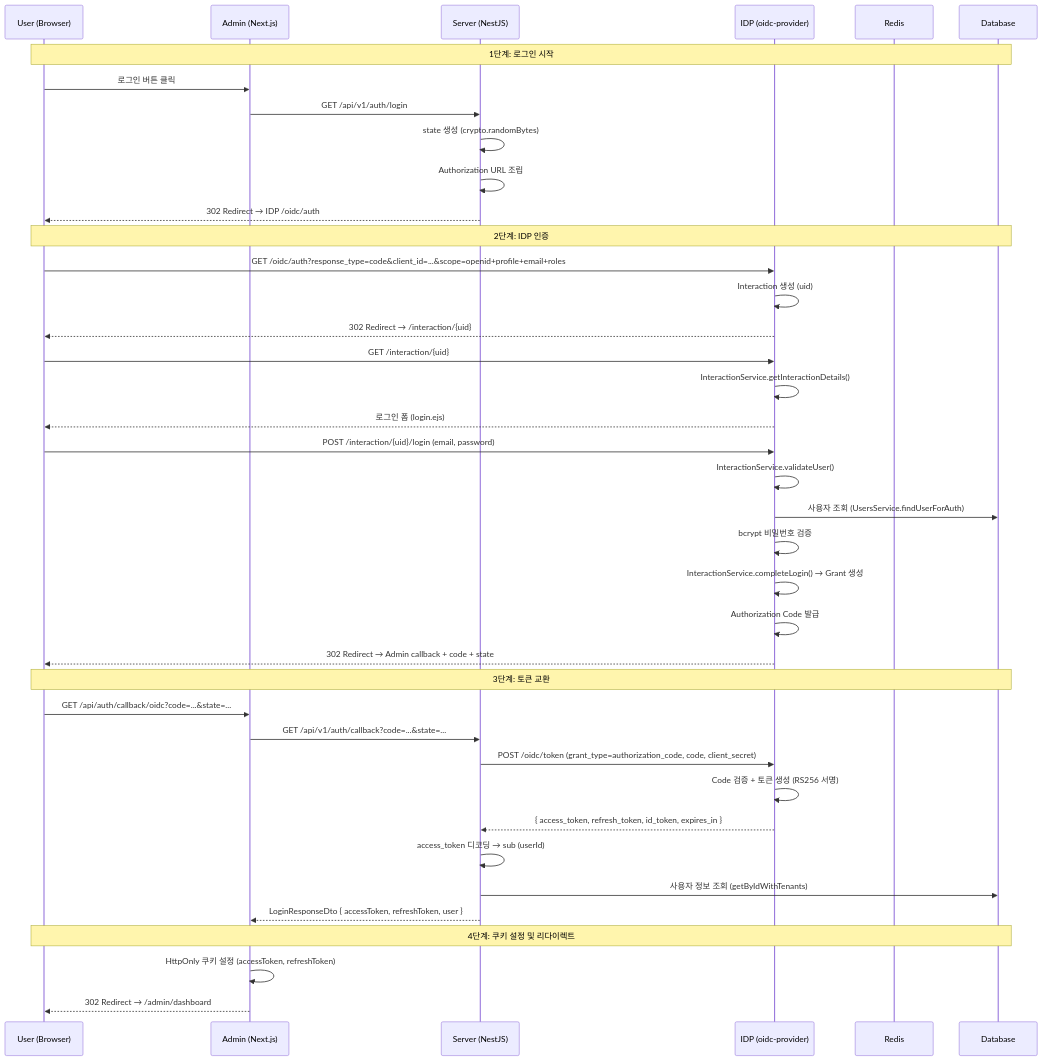
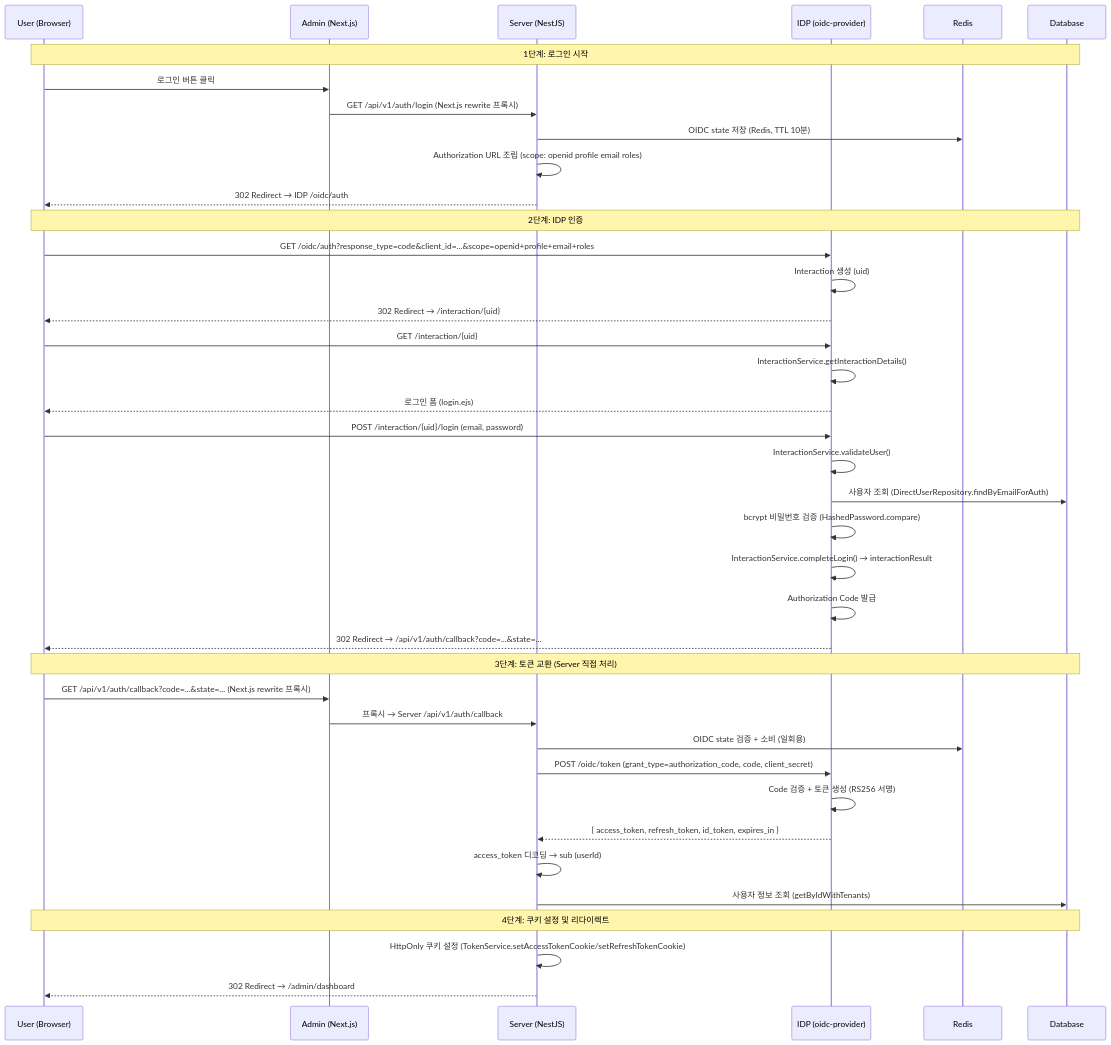
One commit to kimjoongwon/prj-core changed the first of 5 diagrams in apps/proposal/plans/_core/infrastructure/oidc-auth-flow.md. Above: the diagram before and after it, drawn with Mermaid. The commit also changed other lines of this file and 94 other files, not shown here.

First line of the commit message:
refactor(admin): Role과 User 목록에서 seq 컬럼 제거

````diff
--- a/apps/proposal/plans/_core/infrastructure/oidc-auth-flow.md
+++ b/apps/proposal/plans/_core/infrastructure/oidc-auth-flow.md
@@ -25,45 +26,45 @@
 ```mermaid
 sequenceDiagram
     participant U as User (Browser)
     participant A as Admin (Next.js)
     participant S as Server (NestJS)
     participant I as IDP (oidc-provider)
     participant R as Redis
     participant DB as Database
 
     Note over U,DB: 1단계: 로그인 시작
     U->>A: 로그인 버튼 클릭
-    A->>S: GET /api/v1/auth/login
-    S->>S: state 생성 (crypto.randomBytes)
-    S->>S: Authorization URL 조립
+    A->>S: GET /api/v1/auth/login (Next.js rewrite 프록시)
+    S->>R: OIDC state 저장 (Redis, TTL 10분)
+    S->>S: Authorization URL 조립 (scope: openid profile email roles)
     S-->>U: 302 Redirect → IDP /oidc/auth
 
     Note over U,DB: 2단계: IDP 인증
     U->>I: GET /oidc/auth?response_type=code&client_id=...&scope=openid+profile+email+roles
     I->>I: Interaction 생성 (uid)
     I-->>U: 302 Redirect → /interaction/{uid}
     U->>I: GET /interaction/{uid}
     I->>I: InteractionService.getInteractionDetails()
     I-->>U: 로그인 폼 (login.ejs)
     U->>I: POST /interaction/{uid}/login (email, password)
     I->>I: InteractionService.validateUser()
-    I->>DB: 사용자 조회 (UsersService.findUserForAuth)
-    I->>I: bcrypt 비밀번호 검증
-    I->>I: InteractionService.completeLogin() → Grant 생성
+    I->>DB: 사용자 조회 (DirectUserRepository.findByEmailForAuth)
+    I->>I: bcrypt 비밀번호 검증 (HashedPassword.compare)
+    I->>I: InteractionService.completeLogin() → interactionResult
     I->>I: Authorization Code 발급
-    I-->>U: 302 Redirect → Admin callback + code + state
+    I-->>U: 302 Redirect → /api/v1/auth/callback?code=...&state=...
 
-    Note over U,DB: 3단계: 토큰 교환
-    U->>A: GET /api/auth/callback/oidc?code=...&state=...
-    A->>S: GET /api/v1/auth/callback?code=...&state=...
+    Note over U,DB: 3단계: 토큰 교환 (Server 직접 처리)
+    U->>A: GET /api/v1/auth/callback?code=...&state=... (Next.js rewrite 프록시)
+    A->>S: 프록시 → Server /api/v1/auth/callback
+    S->>R: OIDC state 검증 + 소비 (일회용)
     S->>I: POST /oidc/token (grant_type=authorization_code, code, client_secret)
     I->>I: Code 검증 + 토큰 생성 (RS256 서명)
     I-->>S: { access_token, refresh_token, id_token, expires_in }
     S->>S: access_token 디코딩 → sub (userId)
     S->>DB: 사용자 정보 조회 (getByIdWithTenants)
-    S-->>A: LoginResponseDto { accessToken, refreshToken, user }
 
     Note over U,DB: 4단계: 쿠키 설정 및 리다이렉트
-    A->>A: HttpOnly 쿠키 설정 (accessToken, refreshToken)
-    A-->>U: 302 Redirect → /admin/dashboard
+    S->>S: HttpOnly 쿠키 설정 (TokenService.setAccessTokenCookie/setRefreshTokenCookie)
+    S-->>U: 302 Redirect → /admin/dashboard
 ```
````
